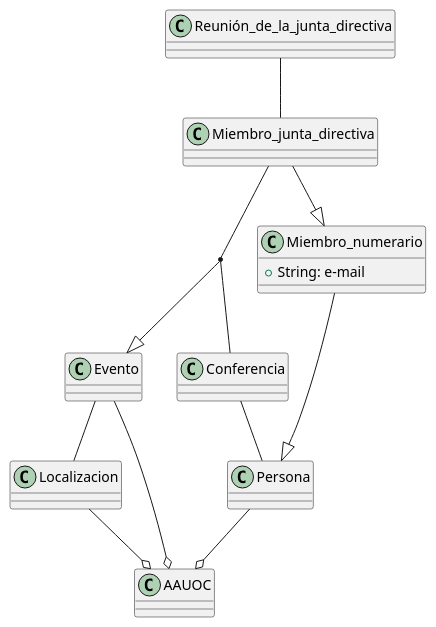
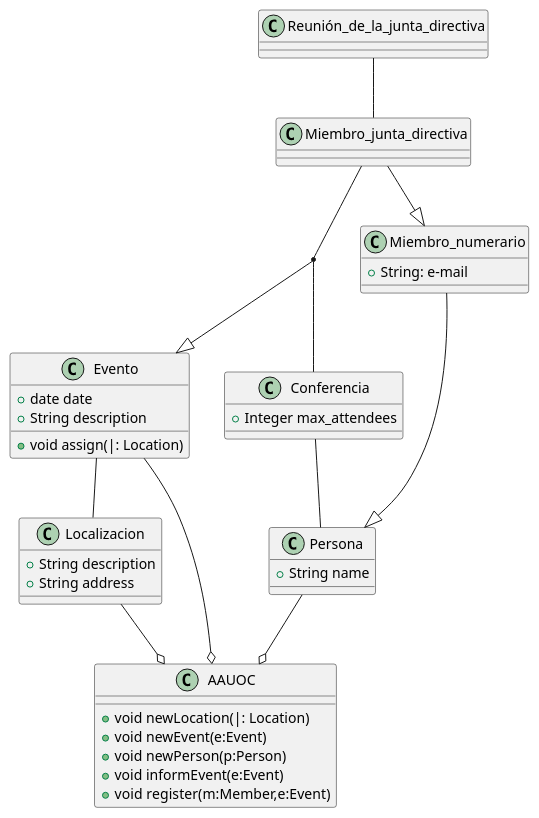
Before and after one commit to moevius237/Practica-Diagramas-UML-PAblo: the diagram in src/PabloDiagrama.puml, drawn with PlantUML.

Commit message:
Todos los atributos añadidos

```diff
--- a/src/PabloDiagrama.puml
+++ b/src/PabloDiagrama.puml
@@ -1,38 +1,49 @@
 @startuml
 class Miembro_numerario{
-+String: e-mail
+ +String: e-mail
 }
 
 class Miembro_junta_directiva
 
 class Conferencia {
+ +Integer max_attendees
 
 }
 
 class Evento {
-
+ +date date
+ +String description
+ +void assign(|: Location)
 }
 
 class Reunión_de_la_junta_directiva
 
 class Localizacion {
++String description
+ +String address
+}
+
+class Persona{
++String name
 
 }
 
-class Persona{
-}
-
 class AAUOC{
++void newLocation(|: Location)
+    +void newEvent(e:Event)
+    +void newPerson(p:Person)
+    +void informEvent(e:Event)
+    +void register(m:Member,e:Event)
 
 }
 
 Miembro_numerario--|>Persona
 Miembro_junta_directiva--|>Miembro_numerario
 (Miembro_junta_directiva, Conferencia) --|> Evento
 Evento --o AAUOC
 Evento -- Localizacion
 Localizacion --o AAUOC
 Persona --o AAUOC
 Reunión_de_la_junta_directiva -- Miembro_junta_directiva
 Conferencia -- Persona
 @enduml
```
